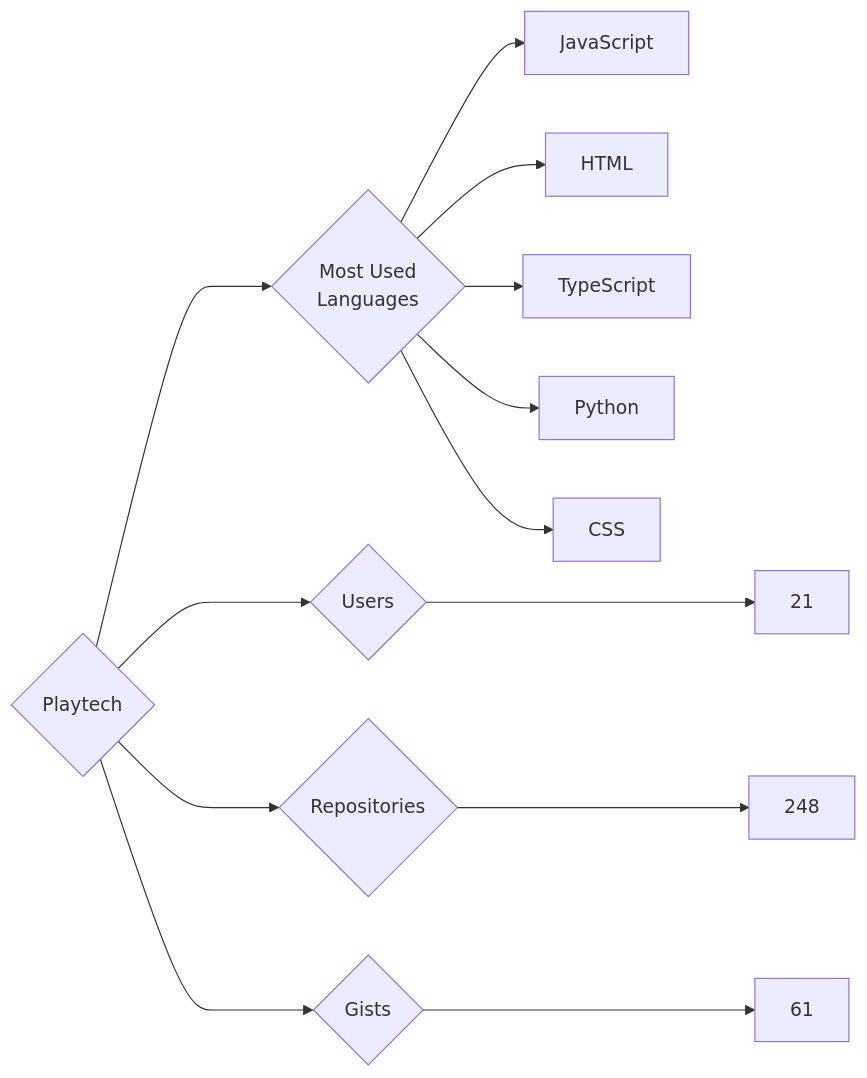
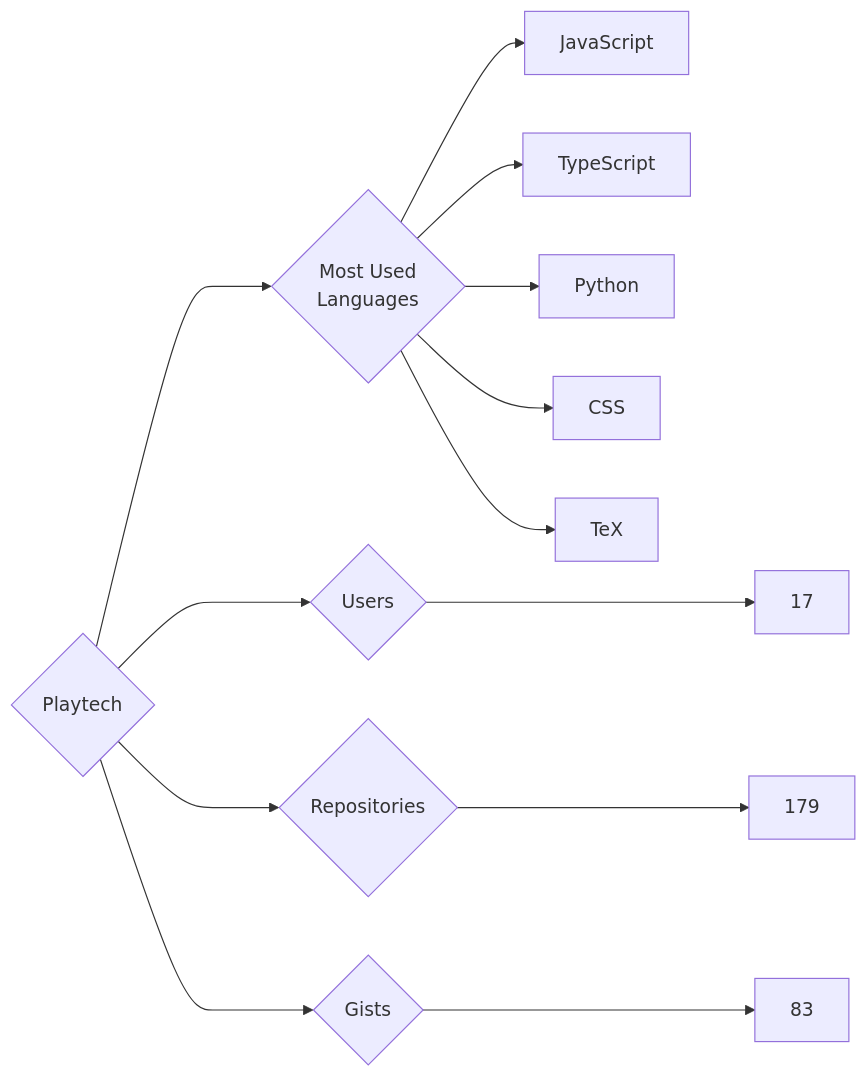
One commit to trickest/insiders changed the diagram in targets/Playtech/README.md. Above: the diagram before and after it, drawn with Mermaid. The commit also changed 829 other files, not shown here.

````diff
--- a/targets/Playtech/README.md
+++ b/targets/Playtech/README.md
@@ -3,13 +3,13 @@
 ```mermaid
 graph LR
 COMPANY_NAME{Playtech}
-COMPANY_NAME ---> U{Users} ---> UN[21]
-COMPANY_NAME ---> R{Repositories} ---> RN[248]
-COMPANY_NAME ---> G{Gists} ---> GN[61]
+COMPANY_NAME ---> U{Users} ---> UN[17]
+COMPANY_NAME ---> R{Repositories} ---> RN[179]
+COMPANY_NAME ---> G{Gists} ---> GN[83]
 COMPANY_NAME ---> ML{Most Used<br>Languages}
 ML --> JavaScript[JavaScript]
-ML --> HTML[HTML]
 ML --> TypeScript[TypeScript]
 ML --> Python[Python]
 ML --> CSS[CSS]
+ML --> TeX[TeX]
 ```
````
